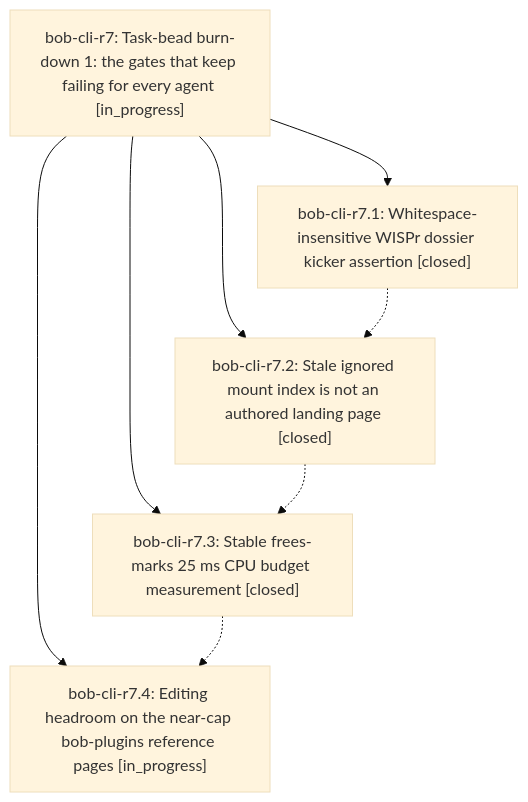
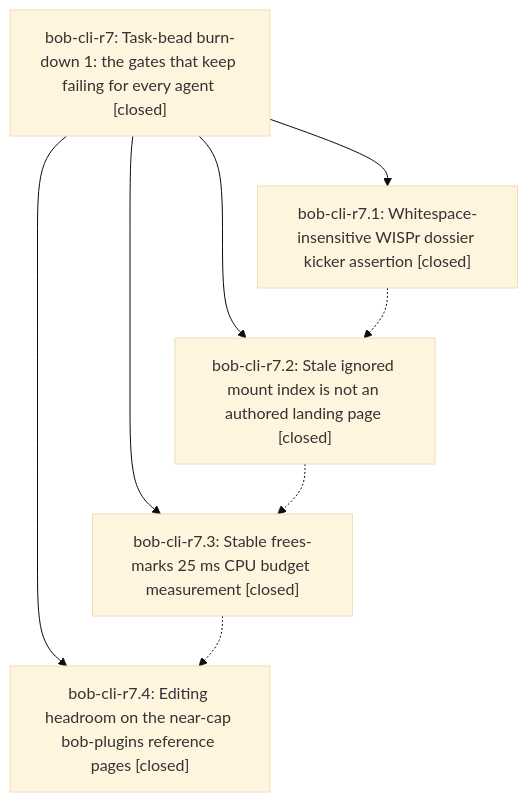
Before and after one commit to bobs-org/bob-cli--beads: the diagram in pages/bob-cli-r7/README.md, drawn with Mermaid (base theme). The commit also changed other lines of this file and 2 other files, not shown here.

First line of the commit message:
chore(beads): sync bead state and pages for bob-cli-r7

````diff
--- a/pages/bob-cli-r7/README.md
+++ b/pages/bob-cli-r7/README.md
@@ -39,15 +65,15 @@
 ```mermaid
 flowchart TD
-    n0["bob-cli-r7: Task-bead burn-down 1: the gates that keep failing for every agent [in_progress]"]
+    n0["bob-cli-r7: Task-bead burn-down 1: the gates that keep failing for every agent [closed]"]
     n1["bob-cli-r7.1: Whitespace-insensitive WISPr dossier kicker assertion [closed]"]
     n2["bob-cli-r7.2: Stale ignored mount index is not an authored landing page [closed]"]
     n3["bob-cli-r7.3: Stable frees-marks 25 ms CPU budget measurement [closed]"]
-    n4["bob-cli-r7.4: Editing headroom on the near-cap bob-plugins reference pages [in_progress]"]
+    n4["bob-cli-r7.4: Editing headroom on the near-cap bob-plugins reference pages [closed]"]
     n0 --> n1
     n0 --> n2
     n0 --> n3
     n0 --> n4
     n1 -.-> n2
     n2 -.-> n3
     n3 -.-> n4
 ```
````
